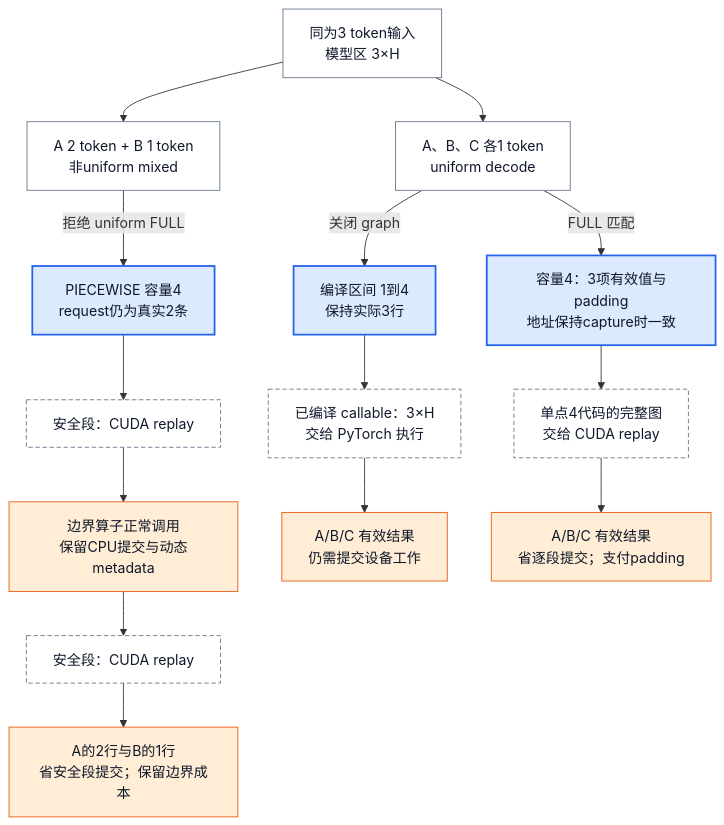
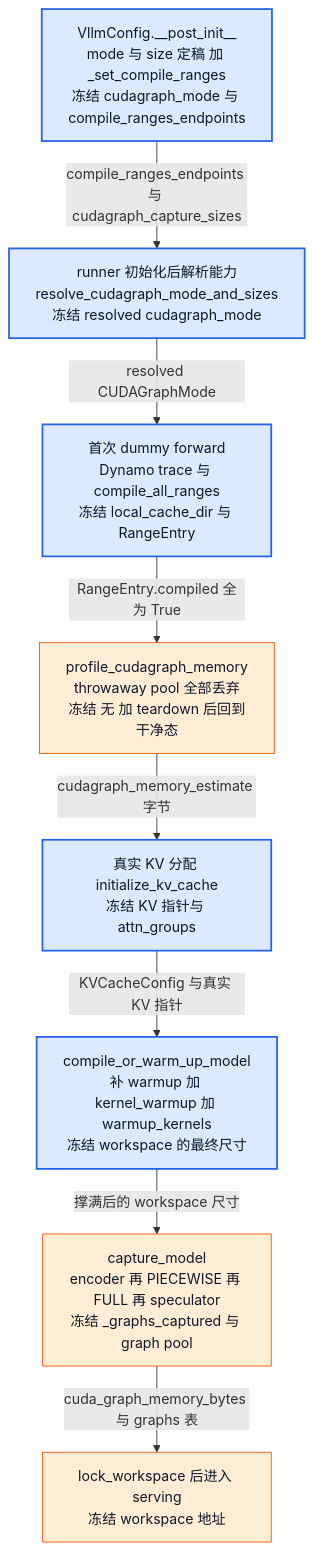
The second of 3 diagrams in wiki/02_engineering/03_infer_frameworks/vllm/19_vllm_compilation_cudagraph_analysis.md (suhaibo666/llm-knowledge), drawn with Mermaid before and after one commit. The commit also changed other lines of this file and 89 other files, not shown here.

````diff
--- a/wiki/02_engineering/03_infer_frameworks/vllm/19_vllm_compilation_cudagraph_analysis.md
+++ b/wiki/02_engineering/03_infer_frameworks/vllm/19_vllm_compilation_cudagraph_analysis.md
@@ -33,25 +329,22 @@
 ```mermaid
 flowchart TB
-    I["同为3 token输入<br/>模型区 3×H"]
-    I --> A["A、B、C 各1 token<br/>uniform decode"]
-    I --> M["A 2 token + B 1 token<br/>非uniform mixed"]
-    A -->|关闭 graph| R["编译区间 1到4<br/>保持实际3行"]
-    A -->|FULL 匹配| P["容量4：3项有效值与padding<br/>地址保持capture时一致"]
-    M -->|拒绝 uniform FULL| Q["PIECEWISE 容量4<br/>request仍为真实2条"]
-    R --> C["已编译 callable：3×H<br/>交给 PyTorch 执行"]
-    P --> F["单点4代码的完整图<br/>交给 CUDA replay"]
-    Q --> S1["安全段：CUDA replay"]
-    S1 --> U["边界算子正常调用<br/>保留CPU提交与动态metadata"]
-    U --> S2["安全段：CUDA replay"]
-    C --> O1["A/B/C 有效结果<br/>仍需提交设备工作"]
-    F --> O2["A/B/C 有效结果<br/>省逐段提交；支付padding"]
-    S2 --> O3["A的2行与B的1行<br/>省安全段提交；保留边界成本"]
-    classDef neutral fill:#ffffff,stroke:#64748b,color:#0f172a
+    A["VllmConfig.__post_init__<br/>mode 与 size 定稿 加 _set_compile_ranges<br/>冻结 cudagraph_mode 与 compile_ranges_endpoints"]
+    B["runner 初始化后解析能力<br/>resolve_cudagraph_mode_and_sizes<br/>冻结 resolved cudagraph_mode"]
+    C["首次 dummy forward<br/>Dynamo trace 与 compile_all_ranges<br/>冻结 local_cache_dir 与 RangeEntry"]
+    D["profile_cudagraph_memory<br/>throwaway pool 全部丢弃<br/>冻结 无 加 teardown 后回到干净态"]
+    E["真实 KV 分配 initialize_kv_cache<br/>冻结 KV 指针与 attn_groups"]
+    F["compile_or_warm_up_model<br/>补 warmup 加 kernel_warmup 加 warmup_kernels<br/>冻结 workspace 的最终尺寸"]
+    G["capture_model<br/>encoder 再 PIECEWISE 再 FULL 再 speculator<br/>冻结 _graphs_captured 与 graph pool"]
+    H["lock_workspace 后进入 serving<br/>冻结 workspace 地址"]
+    A -->|compile_ranges_endpoints 与 cudagraph_capture_sizes| B
+    B -->|resolved CUDAGraphMode| C
+    C -->|RangeEntry.compiled 全为 True| D
+    D -->|cudagraph_memory_estimate 字节| E
+    E -->|KVCacheConfig 与真实 KV 指针| F
+    F -->|撑满后的 workspace 尺寸| G
+    G -->|cuda_graph_memory_bytes 与 graphs 表| H
     classDef acc1 fill:#dbeafe,stroke:#2563eb,color:#0f172a,stroke-width:2px
-    classDef acc2 fill:#ffedd5,stroke:#ea580c,color:#0f172a
-    classDef external fill:#ffffff,stroke:#64748b,color:#0f172a,stroke-dasharray:5 3
-    class I,A,M neutral
-    class R,P,Q acc1
-    class C,F,S1,S2 external
-    class U,O1,O2,O3 acc2
+    classDef warn fill:#ffedd5,stroke:#ea580c,color:#0f172a
+    class A,B,C,E,F acc1
+    class D,G,H warn
 ```
````
